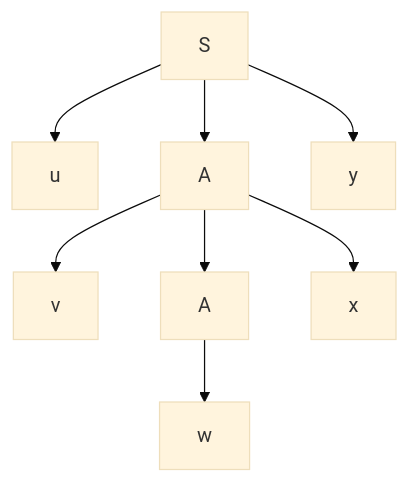
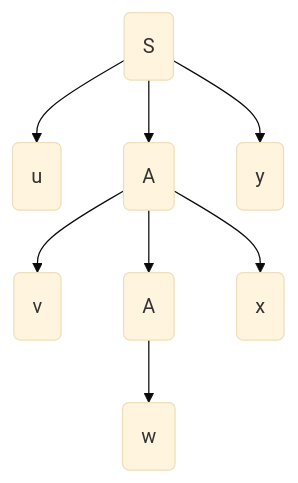
Before and after one commit to SamueleFacenda/obsidian: the third of 3 diagrams in unitn/altro/LFC - Linguaggi Formali e Compilatori.md, drawn with Mermaid (base theme). The commit also changed other lines of this file, not shown here.

Commit message:
vault backup auto nixos: 2025-09-18 11:24:35

````diff
--- a/unitn/altro/LFC - Linguaggi Formali e Compilatori.md
+++ b/unitn/altro/LFC - Linguaggi Formali e Compilatori.md
@@ -169,6 +170,7 @@
 ```mermaid
+%%{init: { "flowchart": { "diagramPadding": 2, "useMaxWidth": 1 , "curve": "curve" } } }%%
 flowchart TB
-	S --> u & A1[A] & y
-	A1 --> v & A2[A] & x
-	A2 --> w
+	S(S) --> u(u) & A1(A) & y(y)
+	A1 --> v(v) & A2(A) & x(x)
+	A2 --> w(w)
 ```
````
